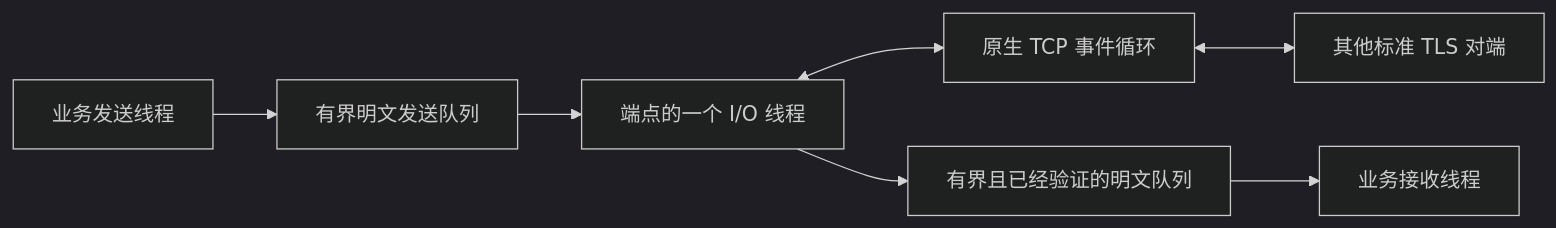
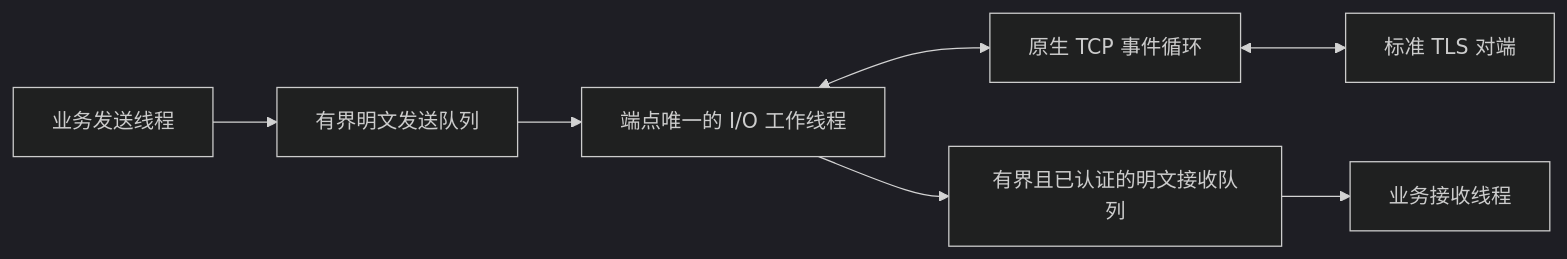
The diagram in docs/TLS.zh-CN.md (HuangX666/hx_c_platform), drawn with Mermaid (dark theme) before and after one commit. The commit also changed other lines of this file and 135 other files, not shown here.

````diff
--- a/docs/TLS.zh-CN.md
+++ b/docs/TLS.zh-CN.md
@@ -177,9 +172,9 @@
 ```mermaid
 flowchart LR
     S[业务发送线程] --> T[有界明文发送队列]
-    T --> W[端点的一个 I/O 线程]
+    T --> W[端点唯一的 I/O 工作线程]
     W <--> N[原生 TCP 事件循环]
-    N <--> P[其他标准 TLS 对端]
-    W --> R[有界且已经验证的明文队列]
+    N <--> P[标准 TLS 对端]
+    W --> R[有界且已认证的明文接收队列]
     R --> A[业务接收线程]
 ```
````
